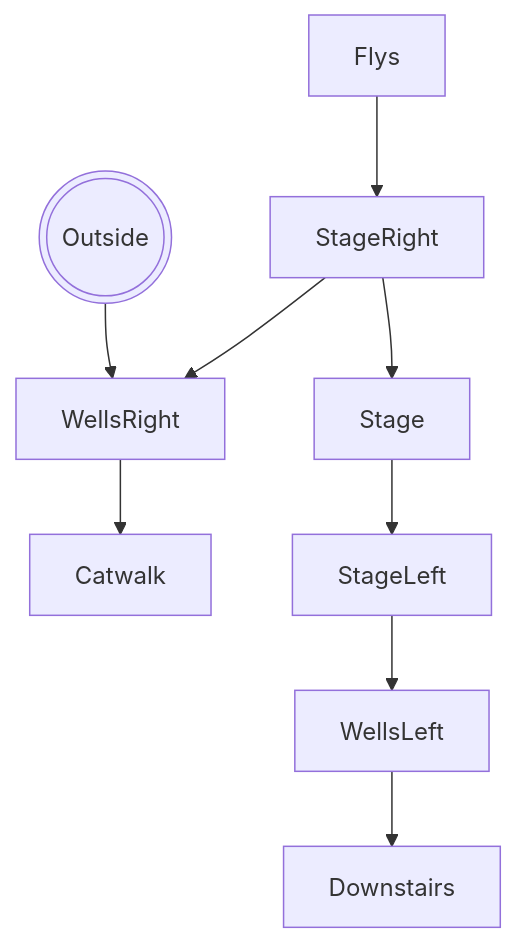
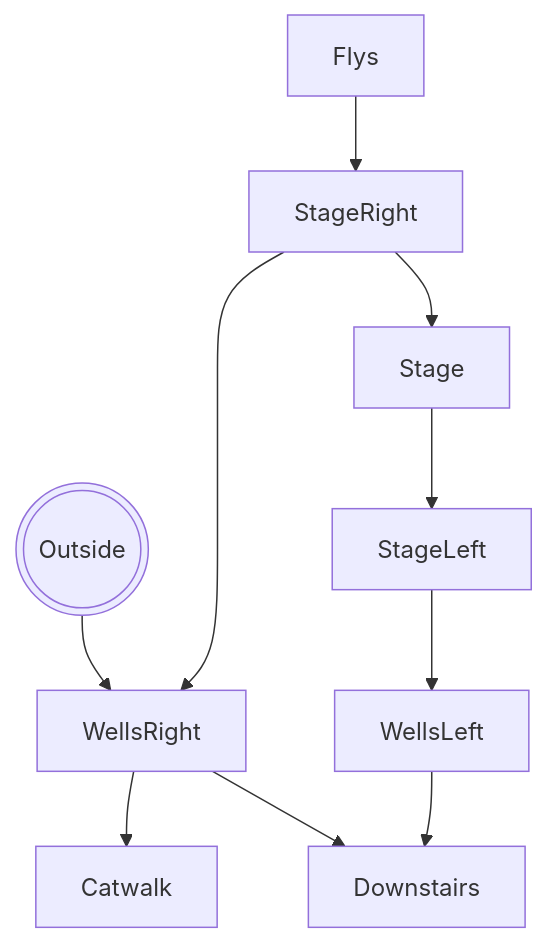
Before and after one commit to Evie-Strings/Evie-Strings.github.io: the diagram in projects/game/README.md, drawn with Mermaid.

Commit message:
adding pathway from wellsright to downstairs

````diff
--- a/projects/game/README.md
+++ b/projects/game/README.md
@@ -9,11 +9,12 @@
 ```mermaid
 graph TD;
     outside(((Outside)))-->WellsRight;
     WellsRight-->Catwalk;
     Flys-->StageRight;
     StageRight-->WellsRight;
     StageRight-->Stage;
     Stage-->StageLeft;
     StageLeft-->WellsLeft;
     WellsLeft-->Downstairs;
+    WellsRight-->Downstairs;
 ```
````
